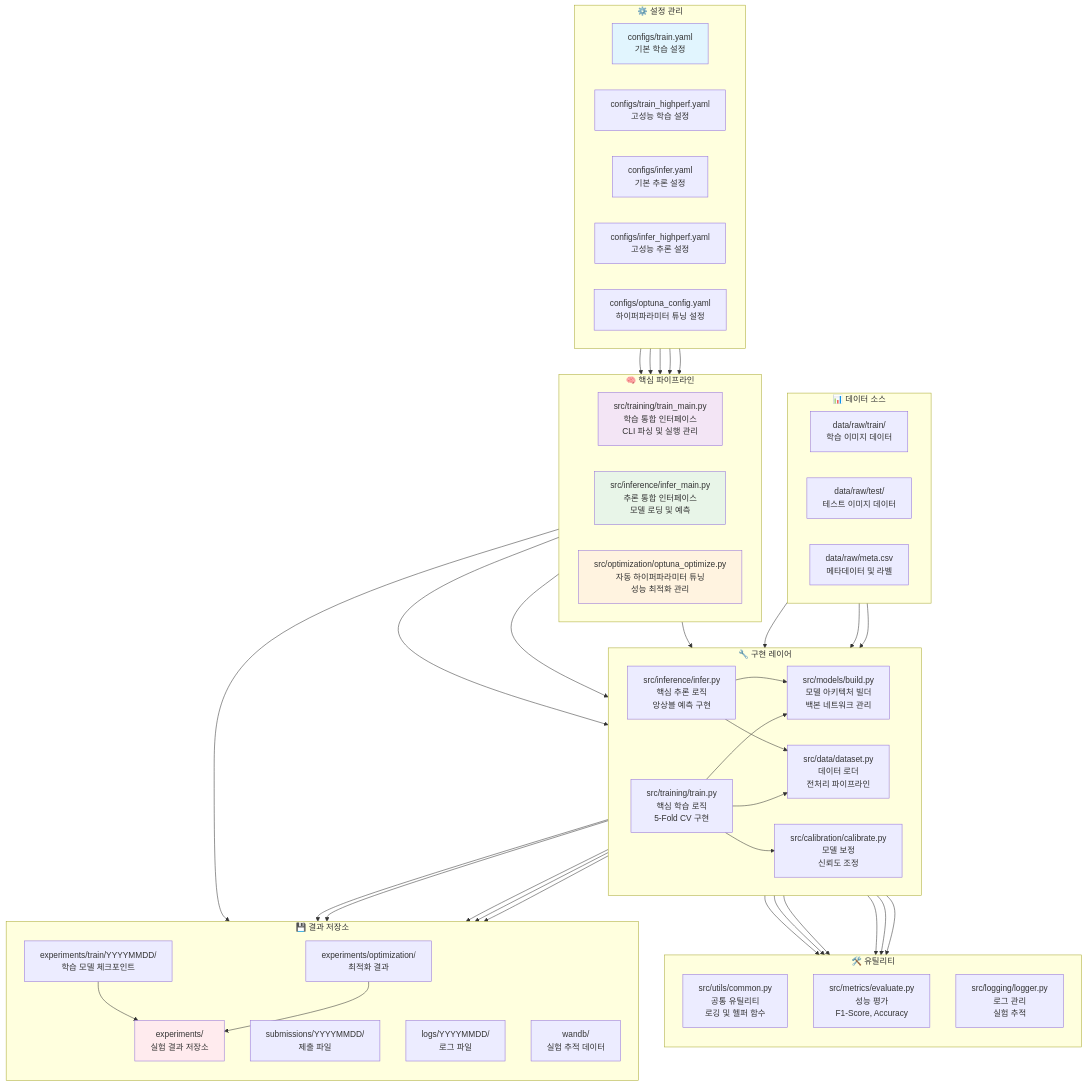
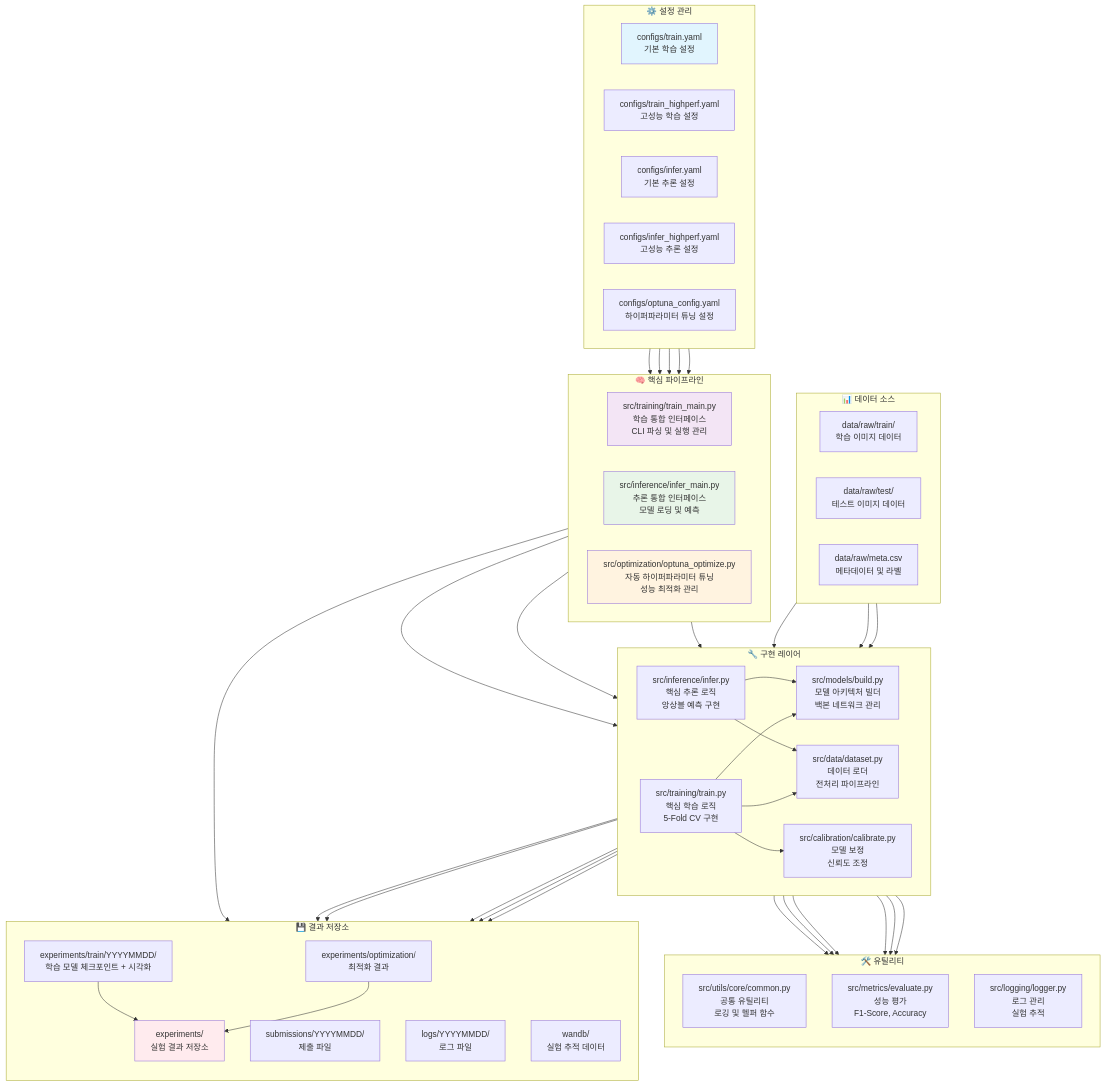
The third of 3 diagrams in docs/전체_파이프라인_가이드.md (nimnusmik/CV_documents_classification_competition), drawn with Mermaid before and after one commit. The commit also changed other lines of this file and 2 other files, not shown here.

First line of the commit message:
feat: experiments 디렉토리 구조 변경사항 문서 반영

```diff
--- a/docs/전체_파이프라인_가이드.md
+++ b/docs/전체_파이프라인_가이드.md
@@ -142,7 +142,7 @@
     
     subgraph "🛠️ 유틸리티"
         direction TB
-        UTILS[src/utils/common.py<br/>공통 유틸리티<br/>로깅 및 헬퍼 함수]
+        UTILS[src/utils/core/common.py<br/>공통 유틸리티<br/>로깅 및 헬퍼 함수]
         METRICS[src/metrics/evaluate.py<br/>성능 평가<br/>F1-Score, Accuracy]
         LOGGING[src/logging/logger.py<br/>로그 관리<br/>실험 추적]
     end
@@ -150,7 +150,7 @@
     subgraph "💾 결과 저장소"
         direction TB
         EXPERIMENTS[experiments/<br/>실험 결과 저장소]
-        TRAIN_EXP[experiments/train/YYYYMMDD/<br/>학습 모델 체크포인트]
+        TRAIN_EXP[experiments/train/YYYYMMDD/<br/>학습 모델 체크포인트 + 시각화]
         OPT_EXP[experiments/optimization/<br/>최적화 결과]
         SUBMISSIONS[submissions/YYYYMMDD/<br/>제출 파일]
         LOGS_DIR[logs/YYYYMMDD/<br/>로그 파일]
```
